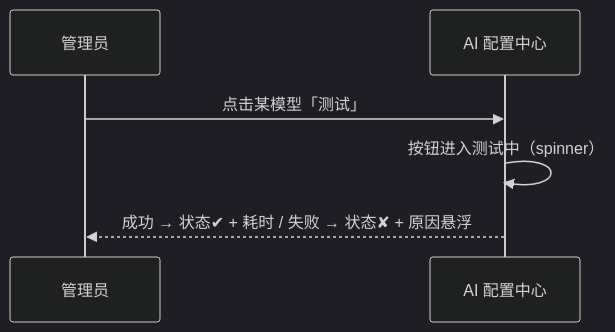
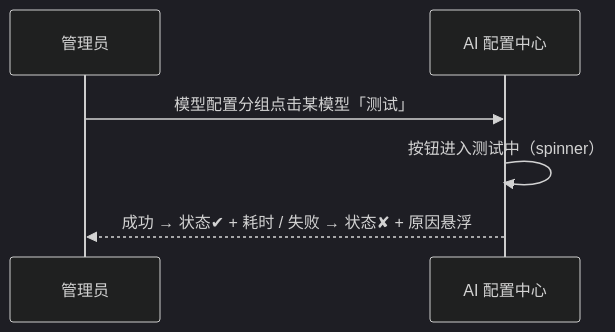
Before and after one commit to XiaoMiSum/robotest: the second of 2 diagrams in docs/05-interaction-design/07-ai-capability/02-ai-admin-ui.md, drawn with Mermaid (dark theme). The commit also changed other lines of this file and 1 other file, not shown here.

````diff
--- a/docs/05-interaction-design/07-ai-capability/02-ai-admin-ui.md
+++ b/docs/05-interaction-design/07-ai-capability/02-ai-admin-ui.md
@@ -112,8 +132,8 @@
 ```mermaid
 sequenceDiagram
   participant A as 管理员
   participant P as AI 配置中心
-  A->>P: 点击某模型「测试」
+  A->>P: 模型配置分组点击某模型「测试」
   P->>P: 按钮进入测试中（spinner）
   P-->>A: 成功 → 状态✔ + 耗时 / 失败 → 状态✘ + 原因悬浮
 ```
````
